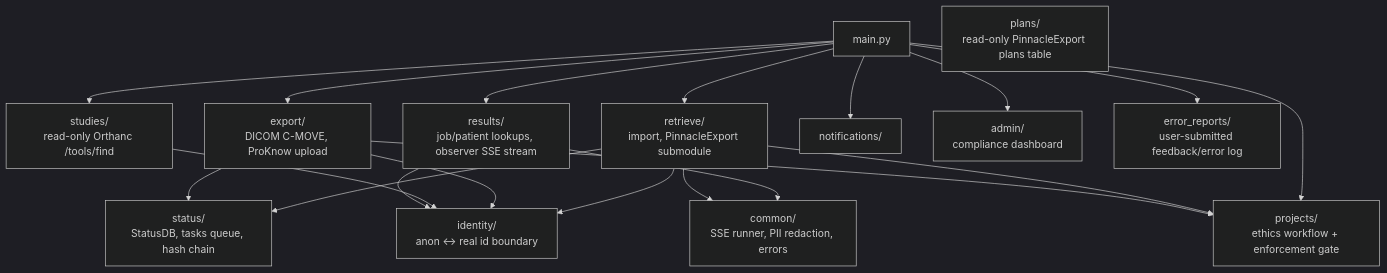
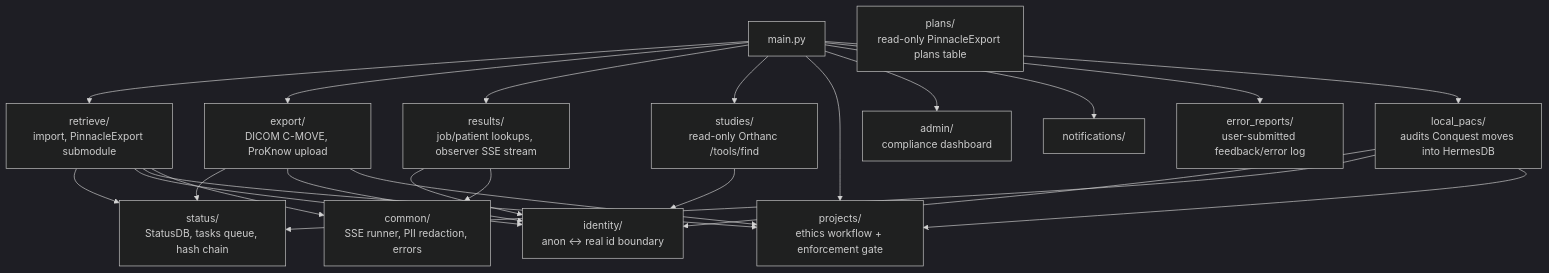
The diagram in .architecture/domains/backend.md (Christie-Scientific-Computing/HERMES), drawn with Mermaid (dark theme) before and after one commit. The commit also changed other lines of this file and 2 other files, not shown here.

First line of the commit message:
Refresh architecture map for the local-pacs-query feature

````diff
--- a/.architecture/domains/backend.md
+++ b/.architecture/domains/backend.md
@@ -16,35 +16,40 @@
 ```mermaid
 graph TD
     MAIN[main.py]
     RETRIEVE[retrieve/\nimport, PinnacleExport submodule]
     EXPORT[export/\nDICOM C-MOVE, ProKnow upload]
     RESULTS[results/\njob/patient lookups, observer SSE stream]
     STUDIES[studies/\nread-only Orthanc /tools/find]
     PROJECTS[projects/\nethics workflow + enforcement gate]
     STATUS[status/\nStatusDB, tasks queue, hash chain]
     IDENTITY[identity/\nanon <-> real id boundary]
     NOTIFICATIONS[notifications/]
     ADMIN[admin/\ncompliance dashboard]
     PLANS[plans/\nread-only PinnacleExport plans table]
     ERRORREPORTS[error_reports/\nuser-submitted feedback/error log]
+    LOCALPACS[local_pacs/\naudits Conquest moves into HermesDB]
     COMMON[common/\nSSE runner, PII redaction, errors]
 
     MAIN --> RETRIEVE
     MAIN --> EXPORT
     MAIN --> RESULTS
     MAIN --> STUDIES
     MAIN --> PROJECTS
     MAIN --> ADMIN
     MAIN --> NOTIFICATIONS
     MAIN --> ERRORREPORTS
+    MAIN --> LOCALPACS
     RETRIEVE --> STATUS
     EXPORT --> STATUS
     RETRIEVE --> IDENTITY
     EXPORT --> IDENTITY
     STUDIES --> IDENTITY
     RESULTS --> IDENTITY
+    LOCALPACS --> IDENTITY
+    LOCALPACS --> STATUS
+    LOCALPACS --> PROJECTS
     RETRIEVE --> PROJECTS
     EXPORT --> PROJECTS
     RESULTS --> COMMON
     RETRIEVE --> COMMON
 ```
````
